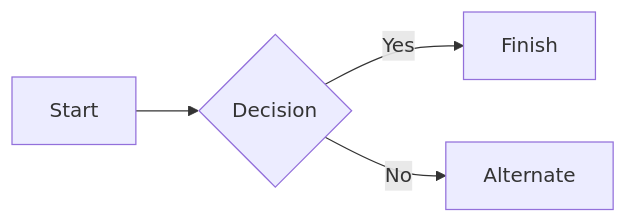
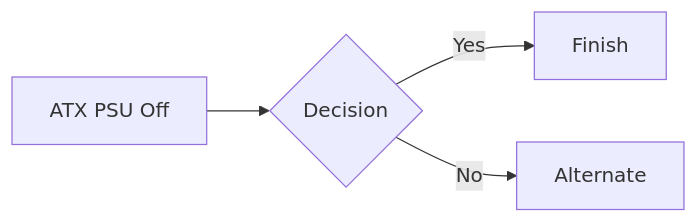
The second of 2 diagrams in README.md (coolsolgit/BC250-ATX-PSU-Control), drawn with Mermaid before and after one commit. The commit also changed other lines of this file, not shown here.

````diff
--- a/README.md
+++ b/README.md
@@ -23,6 +29,6 @@
 ```mermaid
 flowchart LR
-  A[Start] --> B{Decision}
+  A[ATX PSU Off] --> B{Decision}
   B -->|Yes| C[Finish]
   B -->|No| D[Alternate]
 ```
````
